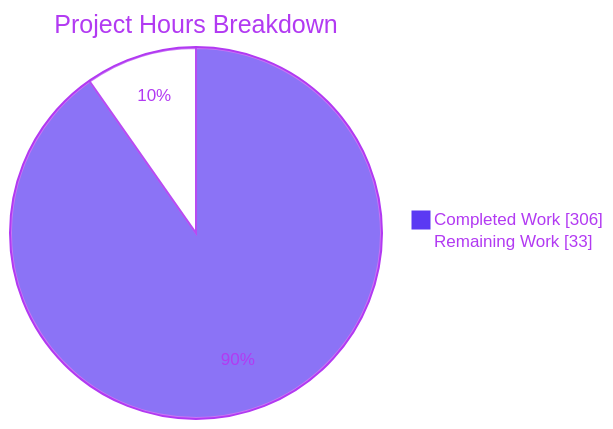
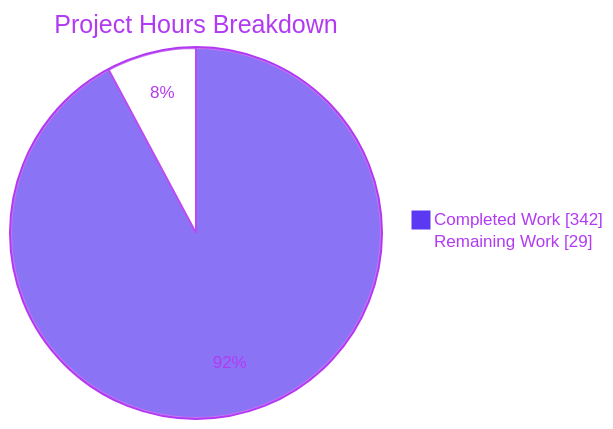
Before and after one commit to blitzy-public-samples/blitzy-VistA-VEHU-M: the second of 3 diagrams in blitzy/documentation/Project Guide - cba44d3a-fb41-4a16-9c11-e135b780df6e.md, drawn with Mermaid. The commit also changed other lines of this file, not shown here.

Commit message:
Adding Blitzy Project Guide: Project Status and Human Tasks Remaining

````diff
--- a/blitzy/documentation/Project Guide - cba44d3a-fb41-4a16-9c11-e135b780df6e.md
+++ b/blitzy/documentation/Project Guide - cba44d3a-fb41-4a16-9c11-e135b780df6e.md
@@ -261,6 +279,6 @@
 ```mermaid
 %%{init: {"theme":"base","themeVariables":{"pie1":"#5B39F3","pie2":"#FFFFFF","pieStrokeColor":"#B23AF2","pieOuterStrokeColor":"#B23AF2","pieSectionTextColor":"#B23AF2","pieTitleTextColor":"#B23AF2","pieLegendTextColor":"#B23AF2"}}}%%
 pie showData title Project Hours Breakdown
-    "Completed Work" : 306
-    "Remaining Work" : 33
+    "Completed Work" : 342
+    "Remaining Work" : 29
 ```
````
